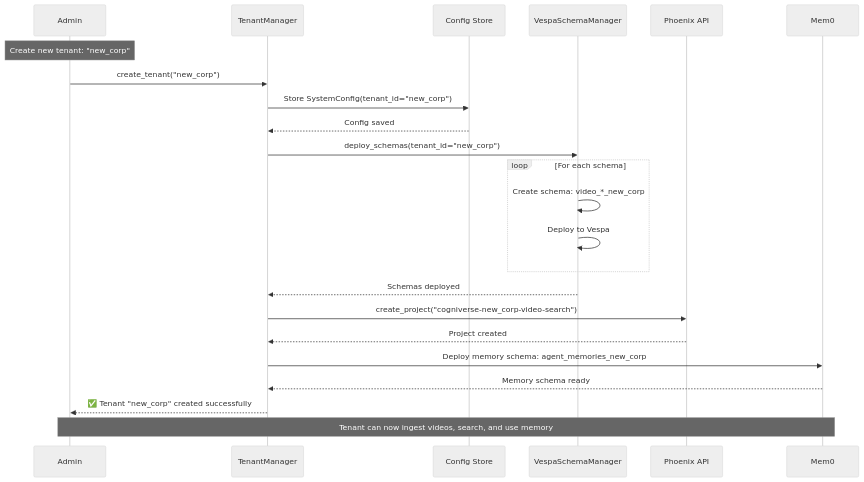
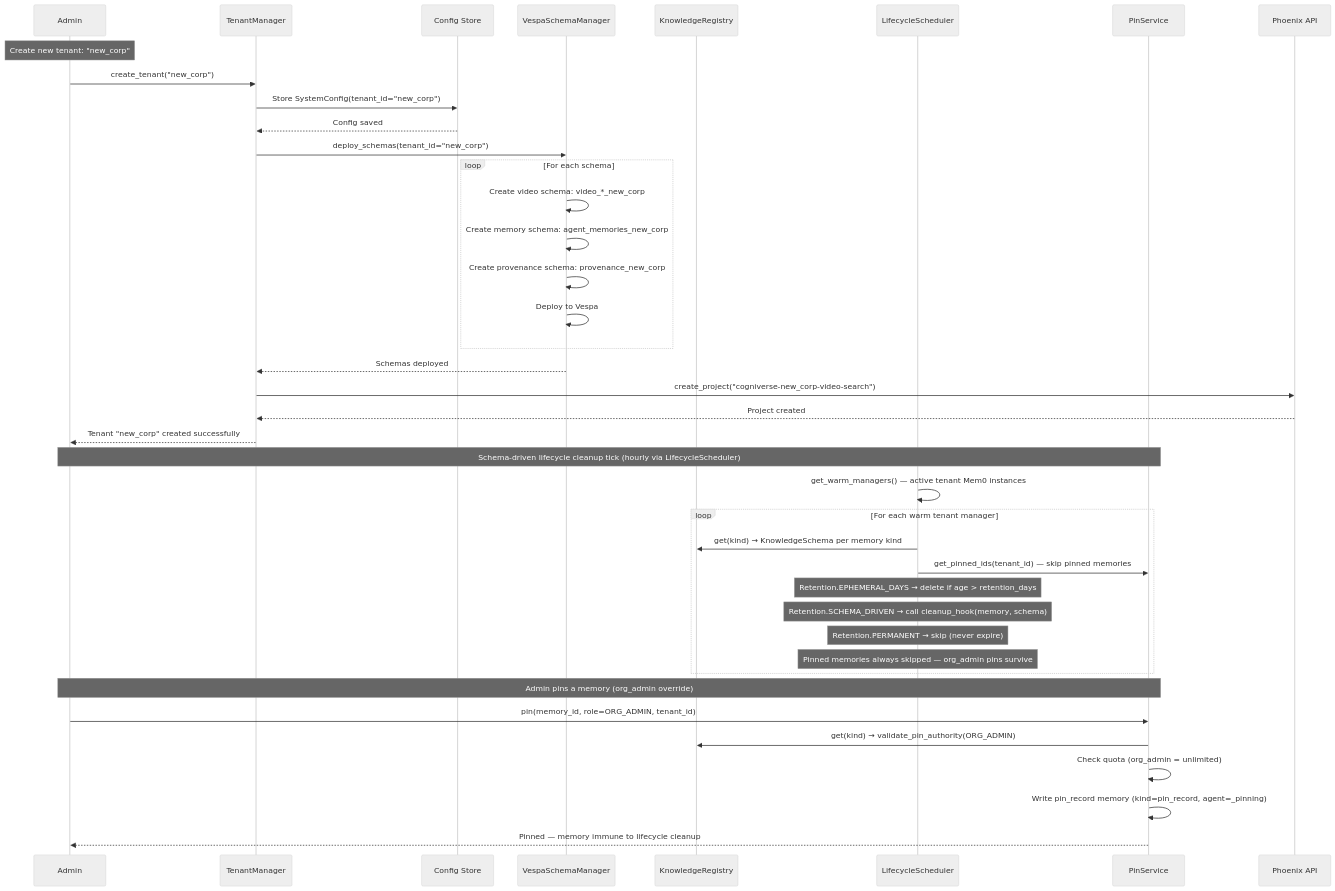
Diagram 17 of 21 in docs/diagrams/multi-tenant-diagrams.md (amit-jain/cogniverse), drawn with Mermaid (neutral theme) before and after one commit. The commit also changed other lines of this file and 1 other file, not shown here.

First line of the commit message:
Expand architecture and multi-tenant diagrams to cover Knowledge layer

````diff
--- a/docs/diagrams/multi-tenant-diagrams.md
+++ b/docs/diagrams/multi-tenant-diagrams.md
@@ -714,33 +754,51 @@
 ```mermaid
 sequenceDiagram
     participant Admin as Admin
     participant TenantMgr as TenantManager
     participant ConfigStore as Config Store
     participant SchemaManager as VespaSchemaManager
+    participant KnowledgeReg as KnowledgeRegistry
+    participant LifecycleSched as LifecycleScheduler
+    participant PinService as PinService
     participant Phoenix as Phoenix API
-    participant Mem0 as Mem0
 
     Note over Admin: Create new tenant: "new_corp"
 
     Admin->>TenantMgr: create_tenant("new_corp")
 
     TenantMgr->>ConfigStore: Store SystemConfig(tenant_id="new_corp")
     ConfigStore-->>TenantMgr: Config saved
 
     TenantMgr->>SchemaManager: deploy_schemas(tenant_id="new_corp")
     loop For each schema
-        SchemaManager->>SchemaManager: Create schema: video_*_new_corp
+        SchemaManager->>SchemaManager: Create video schema: video_*_new_corp
+        SchemaManager->>SchemaManager: Create memory schema: agent_memories_new_corp
+        SchemaManager->>SchemaManager: Create provenance schema: provenance_new_corp
         SchemaManager->>SchemaManager: Deploy to Vespa
     end
     SchemaManager-->>TenantMgr: Schemas deployed
 
     TenantMgr->>Phoenix: create_project("cogniverse-new_corp-video-search")
     Phoenix-->>TenantMgr: Project created
 
-    TenantMgr->>Mem0: Deploy memory schema: agent_memories_new_corp
-    Mem0-->>TenantMgr: Memory schema ready
+    TenantMgr-->>Admin: Tenant "new_corp" created successfully
 
-    TenantMgr-->>Admin: ✅ Tenant "new_corp" created successfully
+    Note over Admin,PinService: Schema-driven lifecycle cleanup tick (hourly via LifecycleScheduler)
 
-    Note over Admin,Mem0: Tenant can now ingest videos, search, and use memory
+    LifecycleSched->>LifecycleSched: get_warm_managers() — active tenant Mem0 instances
+    loop For each warm tenant manager
+        LifecycleSched->>KnowledgeReg: get(kind) → KnowledgeSchema per memory kind
+        LifecycleSched->>PinService: get_pinned_ids(tenant_id) — skip pinned memories
+        Note over LifecycleSched: Retention.EPHEMERAL_DAYS → delete if age > retention_days
+        Note over LifecycleSched: Retention.SCHEMA_DRIVEN → call cleanup_hook(memory, schema)
+        Note over LifecycleSched: Retention.PERMANENT → skip (never expire)
+        Note over LifecycleSched: Pinned memories always skipped — org_admin pins survive
+    end
+
+    Note over Admin,PinService: Admin pins a memory (org_admin override)
+    Admin->>PinService: pin(memory_id, role=ORG_ADMIN, tenant_id)
+    PinService->>KnowledgeReg: get(kind) → validate_pin_authority(ORG_ADMIN)
+    PinService->>PinService: Check quota (org_admin = unlimited)
+    PinService->>PinService: Write pin_record memory (kind=pin_record, agent=_pinning)
+    PinService-->>Admin: Pinned — memory immune to lifecycle cleanup
 ```
````
